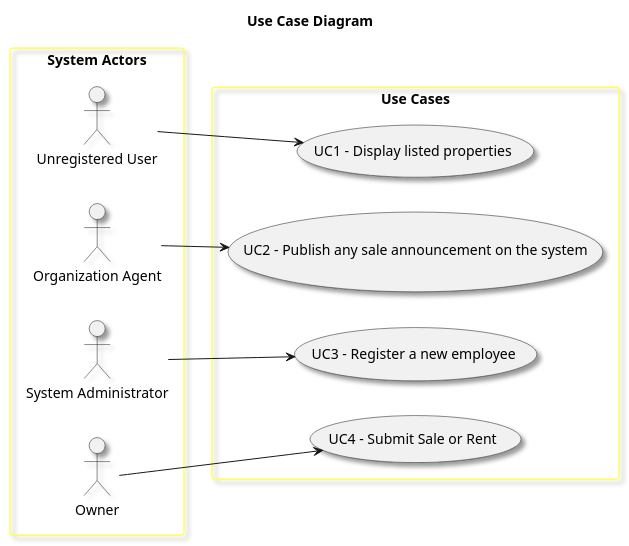
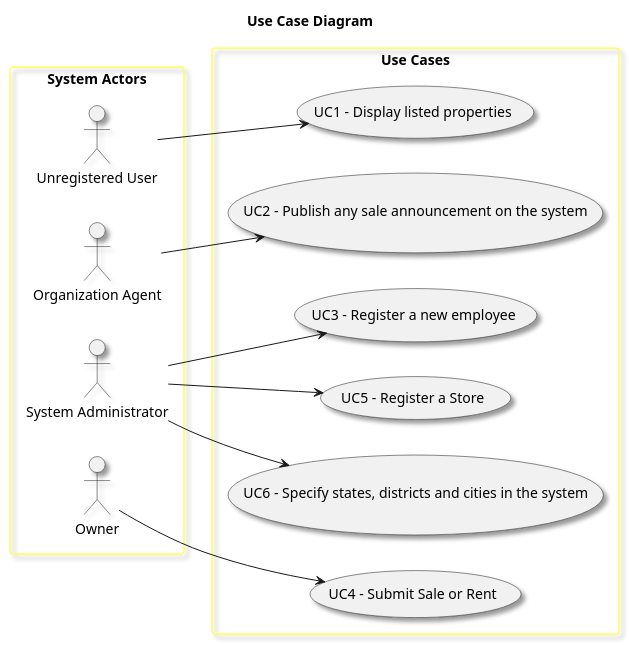
Before and after one commit to Goncalves2525/real-estate-management-system: the diagram in docs/sprintA/global-artifacts/01.requirements-engineering/puml/use-case-diagram.puml, drawn with PlantUML. The commit also changed 3 other files, not shown here.

```diff
--- a/docs/sprintA/global-artifacts/01.requirements-engineering/puml/use-case-diagram.puml
+++ b/docs/sprintA/global-artifacts/01.requirements-engineering/puml/use-case-diagram.puml
@@ -1,36 +1,40 @@
 @startuml
 'skinparam monochrome true
 skinparam packageStyle rectangle
 skinparam shadowing true
 
 skinparam rectangle{
     BorderColor yellow
 }
 
 title Use Case Diagram
 
 left to right direction
 
 rectangle "System Actors" as actors {
     actor "Unregistered User"
     actor "Organization Agent"
     actor "System Administrator"
     actor "Owner"
 }
 
 
 rectangle "Use Cases" as usecases{
     usecase "UC1 - Display listed properties" as UC1
     "Unregistered User" --> UC1
     usecase "UC2 - Publish any sale announcement on the system" as UC2
         "Organization Agent" --> UC2
     usecase "UC3 - Register a new employee" as UC3
             "System Administrator" --> UC3
     usecase "UC4 - Submit Sale or Rent" as UC4
                 "Owner" --> UC4
+    usecase "UC5 - Register a Store" as UC5
+            "System Administrator" --> UC5
+    usecase "UC6 - Specify states, districts and cities in the system" as UC6
+            "System Administrator" --> UC6
 }
 
 
 
 
 @enduml
```
